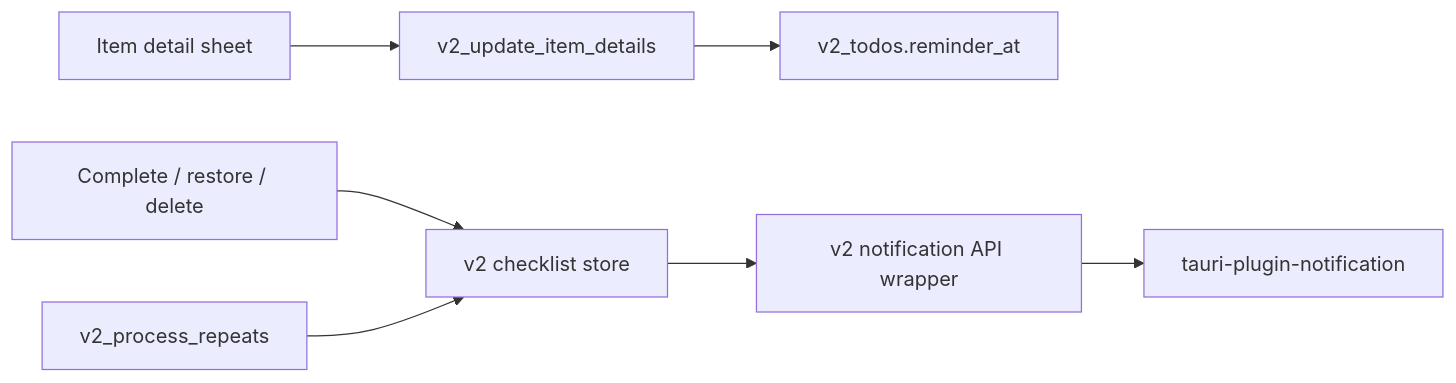
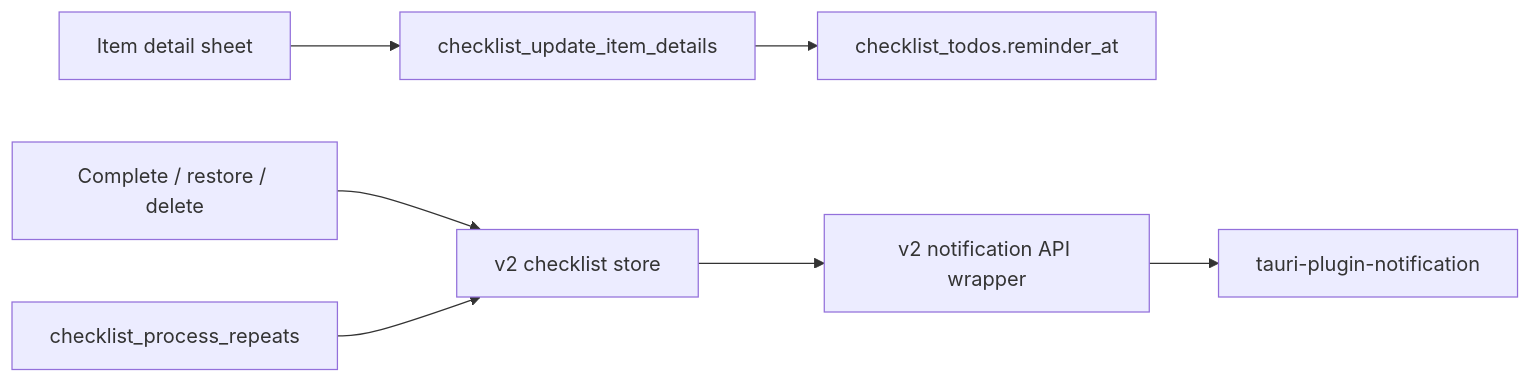
One commit to U-Keun/Tickly changed the diagram in docs/rebuild-notes/014-reminder-direction.md. Above: the diagram before and after it, drawn with Mermaid. The commit also changed 28 other files, not shown here.

````diff
--- a/docs/rebuild-notes/014-reminder-direction.md
+++ b/docs/rebuild-notes/014-reminder-direction.md
@@ -10,9 +10,9 @@
 ```mermaid
 flowchart LR
-  Sheet["Item detail sheet"] --> Command["v2_update_item_details"]
-  Command --> Todo["v2_todos.reminder_at"]
+  Sheet["Item detail sheet"] --> Command["checklist_update_item_details"]
+  Command --> Todo["checklist_todos.reminder_at"]
   Store["v2 checklist store"] --> Notify["v2 notification API wrapper"]
   Notify --> Plugin["tauri-plugin-notification"]
   Toggle["Complete / restore / delete"] --> Store
-  Repeat["v2_process_repeats"] --> Store
+  Repeat["checklist_process_repeats"] --> Store
 ```
````
